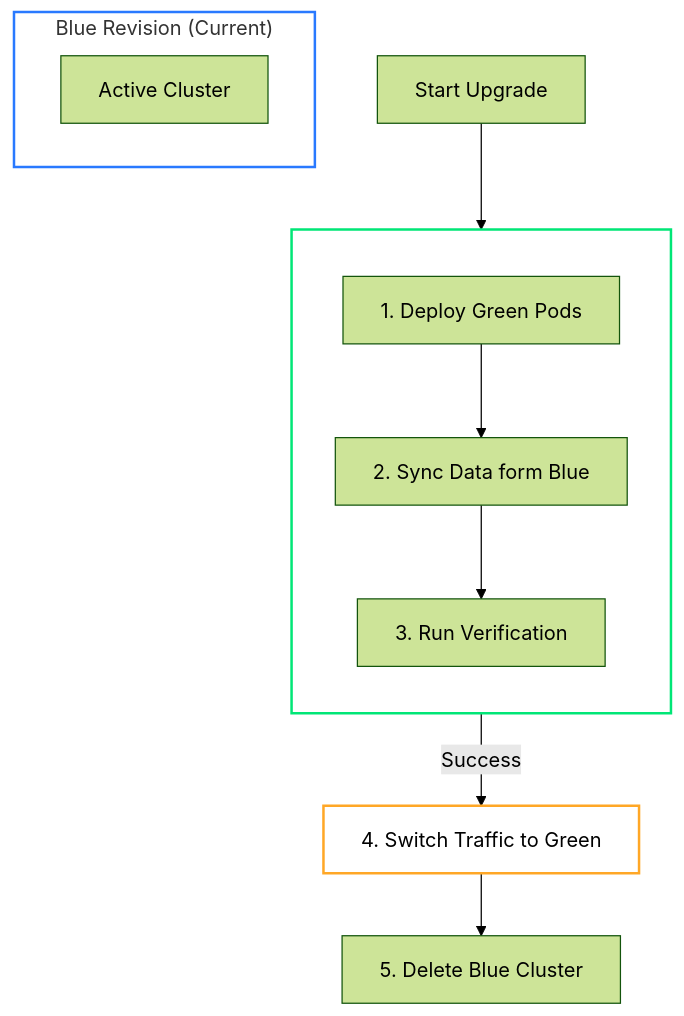
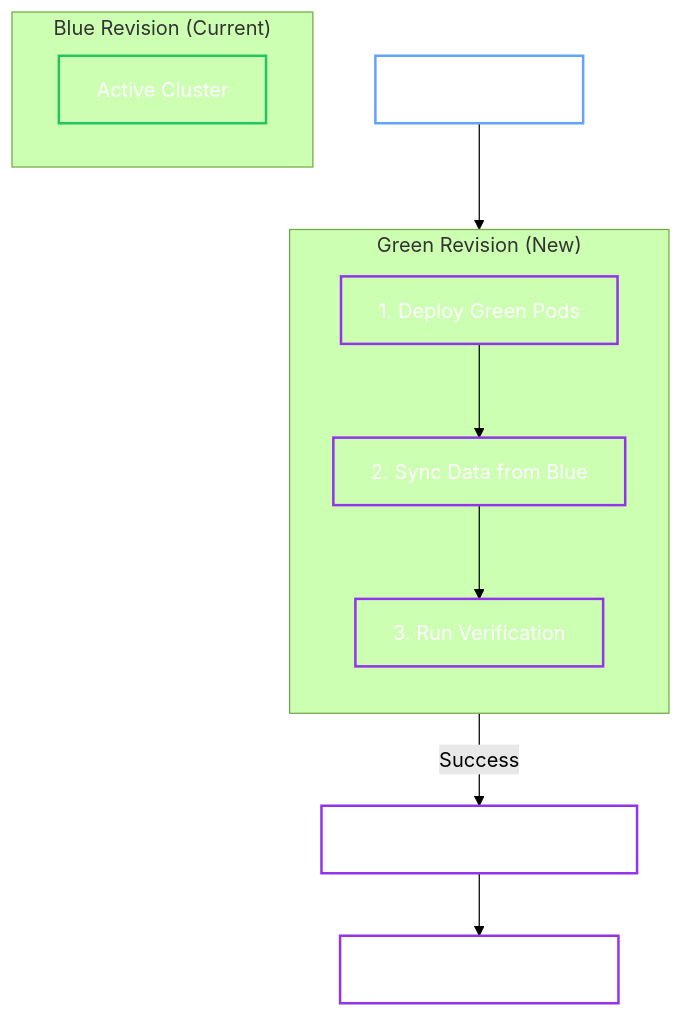
Before and after one commit to dc-tec/openbao-operator: the diagram in docs/user-guide/openbaocluster/operations/upgrades.md, drawn with Mermaid (forest theme). The commit also changed other lines of this file and 48 other files, not shown here.

````diff
--- a/docs/user-guide/openbaocluster/operations/upgrades.md
+++ b/docs/user-guide/openbaocluster/operations/upgrades.md
@@ -61,25 +61,29 @@
     ```mermaid
     flowchart TB
         Start[Start Upgrade]
         
         subgraph Blue["Blue Revision (Current)"]
             B[Active Cluster]
         end
 
         subgraph Green["Green Revision (New)"]
             direction TB
             Deploy[1. Deploy Green Pods]
-            Sync[2. Sync Data form Blue]
+            Sync[2. Sync Data from Blue]
             Test[3. Run Verification]
         end
 
         Start --> Deploy
         Deploy --> Sync
         Sync --> Test
         Test -- "Success" --> Switch[4. Switch Traffic to Green]
         Switch --> Cleanup[5. Delete Blue Cluster]
 
-        style Blue fill:transparent,stroke:#2979ff,stroke-width:2px
-        style Green fill:transparent,stroke:#00e676,stroke-width:2px,color:#fff
-        style Switch fill:transparent,stroke:#ffa726,stroke-width:2px
+        classDef read fill:transparent,stroke:#60a5fa,stroke-width:2px,color:#fff;
+        classDef write fill:transparent,stroke:#22c55e,stroke-width:2px,color:#fff;
+        classDef process fill:transparent,stroke:#9333ea,stroke-width:2px,color:#fff;
+
+        class Start read;
+        class B write;
+        class Deploy,Sync,Test,Switch,Cleanup process;
     ```
````
